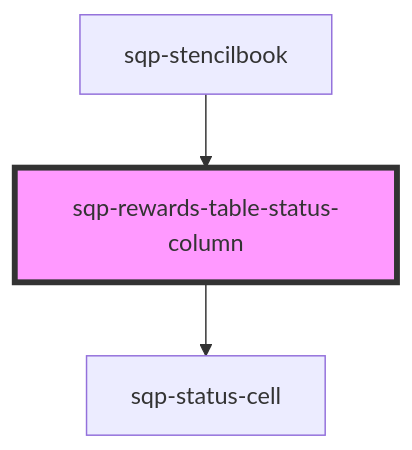
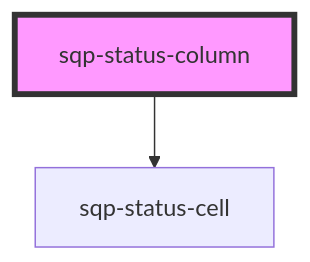
The diagram in packages/paypal-components/src/components/sqp-status-column/readme.md (saasquatch/program-tools), drawn with Mermaid before and after one commit. The commit also changed other lines of this file and 7 other files, not shown here.

````diff
--- a/packages/paypal-components/src/components/sqp-status-column/readme.md
+++ b/packages/paypal-components/src/components/sqp-status-column/readme.md
@@ -54,6 +50,5 @@
 ```mermaid
 graph TD;
-  sqp-rewards-table-status-column --> sqp-status-cell
-  sqp-stencilbook --> sqp-rewards-table-status-column
-  style sqp-rewards-table-status-column fill:#f9f,stroke:#333,stroke-width:4px
+  sqp-status-column --> sqp-status-cell
+  style sqp-status-column fill:#f9f,stroke:#333,stroke-width:4px
 ```
````
